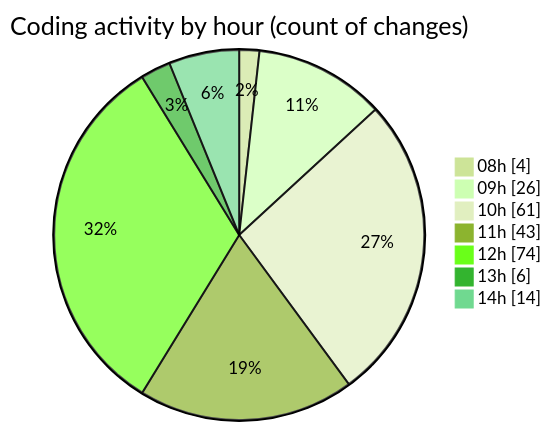
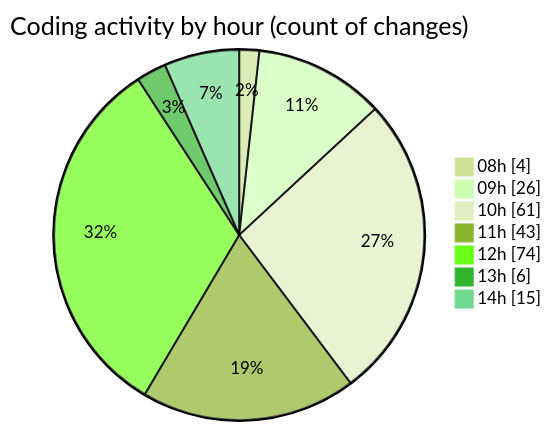
One commit to becaeroporto-bot/code-tracking changed the second of 2 diagrams in 2026-02-19/bot_v1_2/README.md. Above: the diagram before and after it, drawn with Mermaid (forest theme). The commit also changed other lines of this file and 1 other file, not shown here.

````diff
--- a/2026-02-19/bot_v1_2/README.md
+++ b/2026-02-19/bot_v1_2/README.md
@@ -37,11 +37,11 @@
 ```mermaid
 pie showData
 title Coding activity by hour (count of changes)
 "08h" : 4
 "09h" : 26
 "10h" : 61
 "11h" : 43
 "12h" : 74
 "13h" : 6
-"14h" : 14
+"14h" : 15
 ```
````
